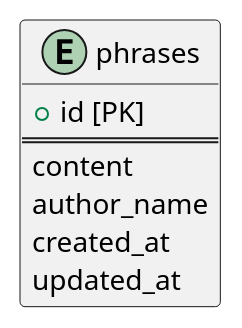
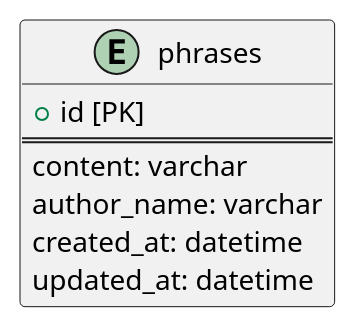
One commit to kaminotsukai/crowish-phrase-app changed the diagram in phrase_app.pu. Above: the diagram before and after it, drawn with PlantUML. The commit also changed 21 other files, not shown here.

```diff
--- a/phrase_app.pu
+++ b/phrase_app.pu
@@ -1,12 +1,12 @@
 @startuml erdiagram
 
 entity "phrases" {
     + id [PK]
     ==
-    content
-    author_name
-    created_at
-    updated_at
+    content: varchar
+    author_name: varchar
+    created_at: datetime
+    updated_at: datetime
 }
 
 @enduml
```
